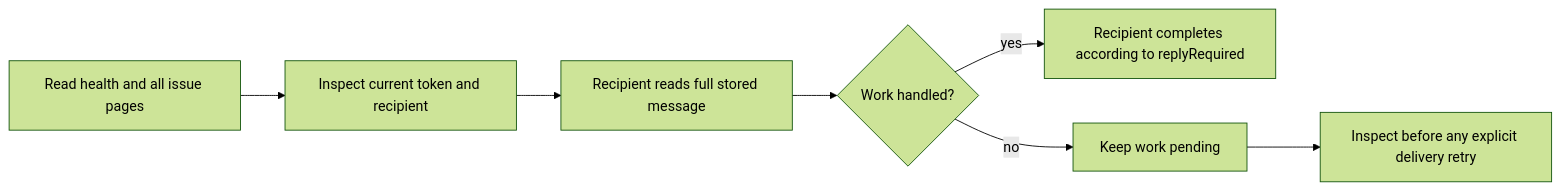
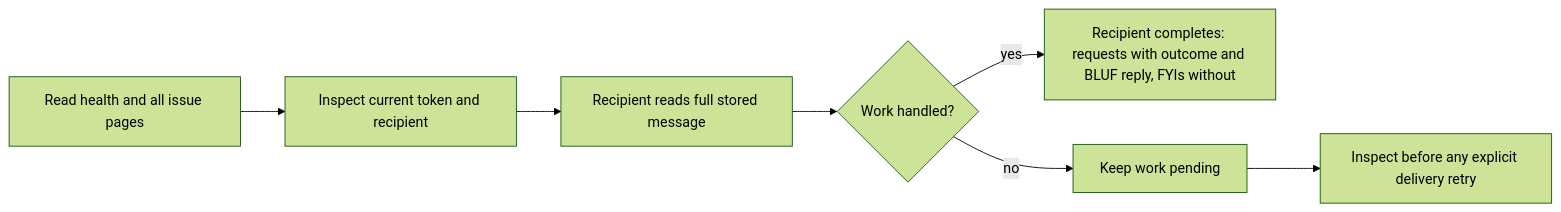
One commit to bgauryy/octocode-mcp changed the diagram in packages/octocode-agents-communication/scripts/docs/OPERATIONS.md. Above: the diagram before and after it, drawn with Mermaid (forest theme). The commit also changed other lines of this file and 347 other files, not shown here.

````diff
--- a/packages/octocode-agents-communication/scripts/docs/OPERATIONS.md
+++ b/packages/octocode-agents-communication/scripts/docs/OPERATIONS.md
@@ -36,9 +36,9 @@
 ```mermaid
 flowchart LR
   H[Read health and all issue pages] --> I[Inspect current token and recipient]
   I --> R[Recipient reads full stored message]
   R --> D{Work handled?}
-  D -- yes --> C[Recipient completes according to replyRequired]
+  D -- yes --> C[Recipient completes: requests with outcome and BLUF reply, FYIs without]
   D -- no --> P[Keep work pending]
   P --> T[Inspect before any explicit delivery retry]
 ```
````
